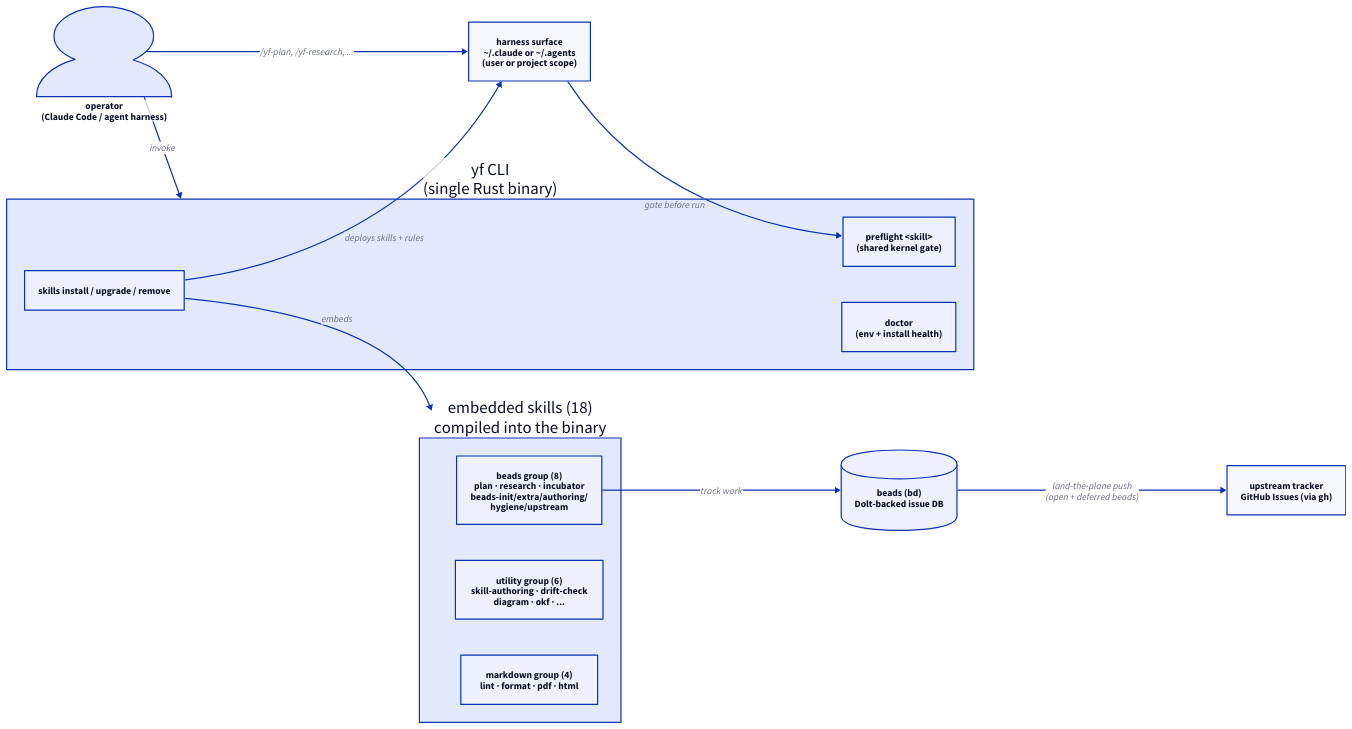
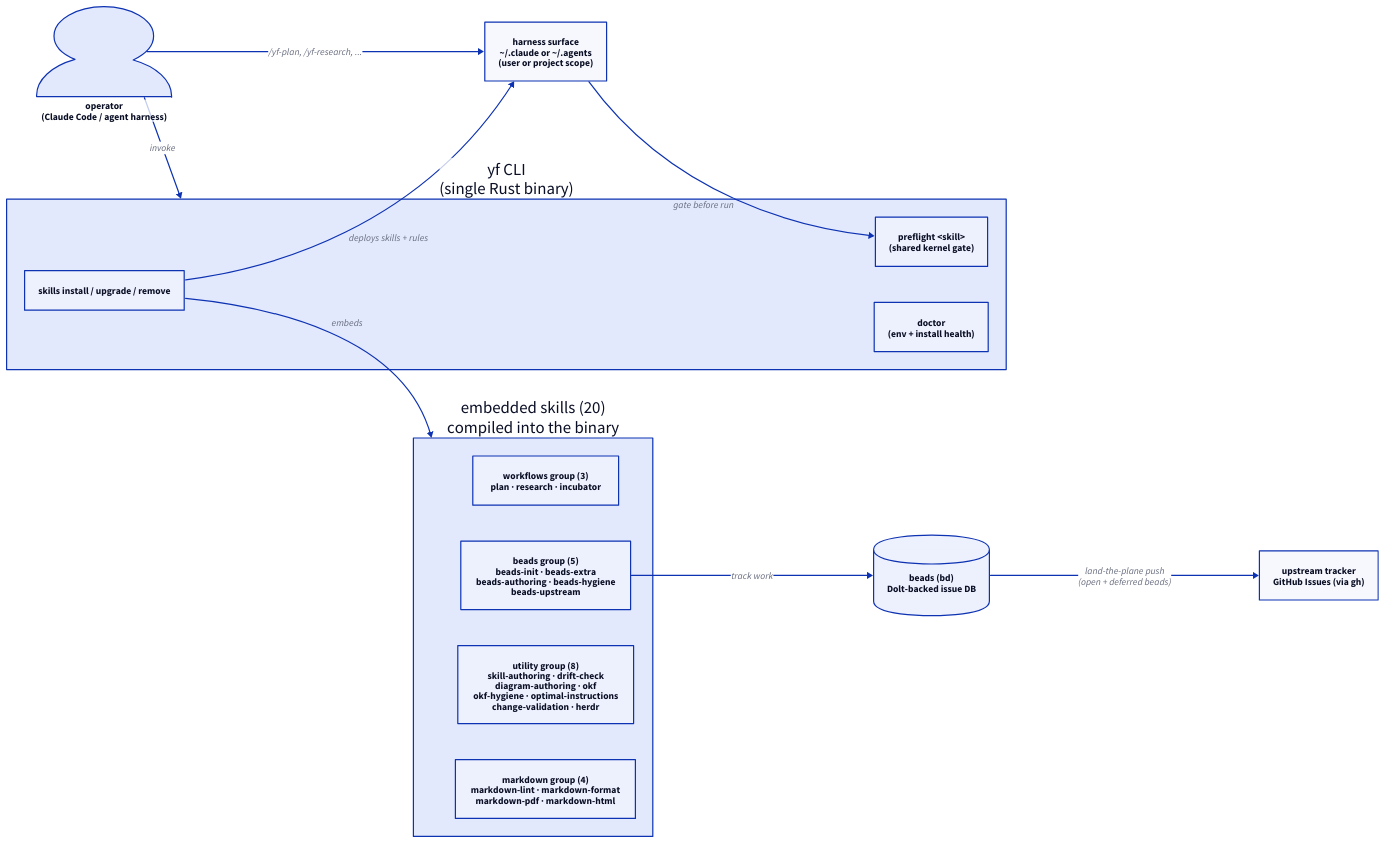
One commit to dixson3/yoshiko-flow changed the diagram in web/content/images/architecture.d2. Above: the diagram before and after it, drawn with D2. The commit also changed 8 other files, not shown here.

```diff
--- a/web/content/images/architecture.d2
+++ b/web/content/images/architecture.d2
@@ -1,46 +1,47 @@
 # yoshiko-flow architecture — the yf kernel, embedded skills, beads, upstream tracking.
 direction: right
 
 user: {
   label: "operator\n(Claude Code / agent harness)"
   shape: person
 }
 
 yf: {
   label: "yf CLI\n(single Rust binary)"
   shape: rectangle
   install: "skills install / upgrade / remove"
   preflight: "preflight <skill>\n(shared kernel gate)"
   doctor: "doctor\n(env + install health)"
 }
 
 skills: {
-  label: "embedded skills (18)\ncompiled into the binary"
+  label: "embedded skills (20)\ncompiled into the binary"
   shape: rectangle
-  beads: "beads group (8)\nplan · research · incubator\nbeads-init/extra/authoring/\nhygiene/upstream"
-  utility: "utility group (6)\nskill-authoring · drift-check\ndiagram · okf · ..."
-  markdown: "markdown group (4)\nlint · format · pdf · html"
+  workflows: "workflows group (3)\nplan · research · incubator"
+  beads: "beads group (5)\nbeads-init · beads-extra\nbeads-authoring · beads-hygiene\nbeads-upstream"
+  utility: "utility group (8)\nskill-authoring · drift-check\ndiagram-authoring · okf\nokf-hygiene · optimal-instructions\nchange-validation · herdr"
+  markdown: "markdown group (4)\nmarkdown-lint · markdown-format\nmarkdown-pdf · markdown-html"
 }
 
 harness: {
   label: "harness surface\n~/.claude or ~/.agents\n(user or project scope)"
   shape: rectangle
 }
 
 bd: {
   label: "beads (bd)\nDolt-backed issue DB"
   shape: cylinder
 }
 
 upstream: {
   label: "upstream tracker\nGitHub Issues (via gh)"
   shape: rectangle
 }
 
 user -> yf: "invoke"
 yf.install -> skills: "embeds"
 yf.install -> harness: "deploys skills + rules"
 user -> harness: "/yf-plan, /yf-research, ..."
 harness -> yf.preflight: "gate before run"
 skills.beads -> bd: "track work"
 bd -> upstream: "land-the-plane push\n(open + deferred beads)"
```
